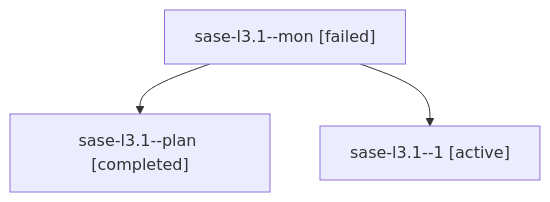
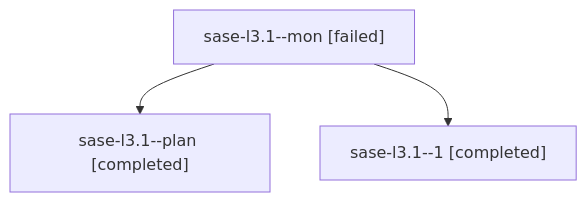
One commit to sase-org/sase--agents changed the diagram in families/bbugyi200.athena.sase-l3.1.md. Above: the diagram before and after it, drawn with Mermaid. The commit also changed other lines of this file and 23 other files, not shown here.

````diff
--- a/families/bbugyi200.athena.sase-l3.1.md
+++ b/families/bbugyi200.athena.sase-l3.1.md
@@ -9,8 +9,8 @@
 ```mermaid
 flowchart TD
   n0["sase-l3.1--mon [failed]"]
   n1["sase-l3.1--plan [completed]"]
   n0 --> n1
-  n2["sase-l3.1--1 [active]"]
+  n2["sase-l3.1--1 [completed]"]
   n0 --> n2
 ```
````
